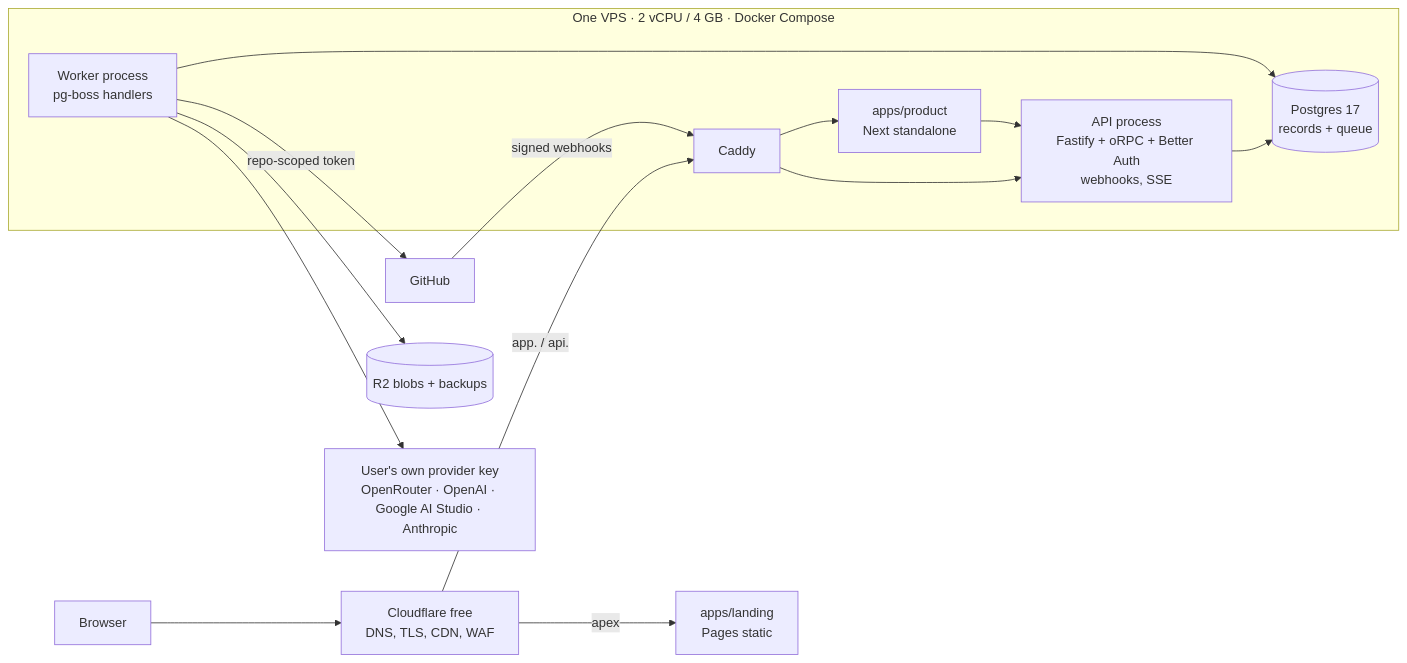
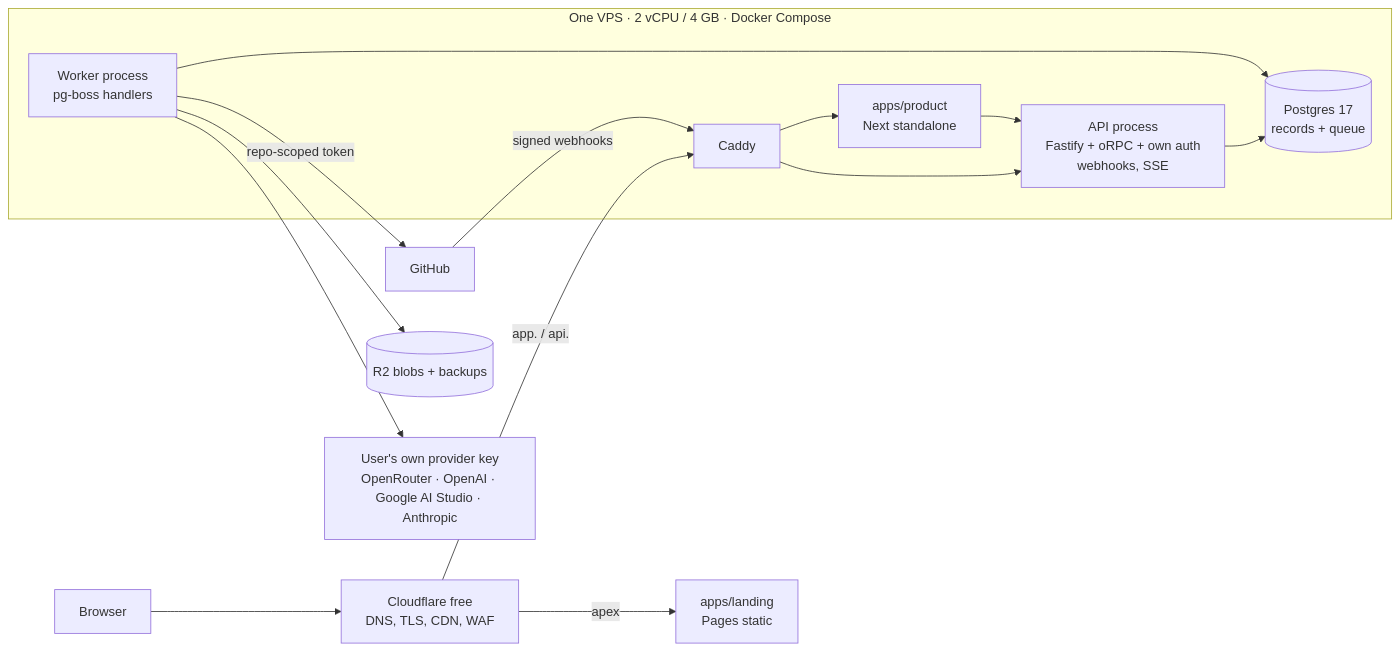
Before and after one commit to dawoodxp97/REPLO_AI: the second of 2 diagrams in ARCHITECTURE.md, drawn with Mermaid. The commit also changed other lines of this file and 76 other files, not shown here.

First line of the commit message:
refactor: replace Better Auth with own authentication system

````diff
--- a/ARCHITECTURE.md
+++ b/ARCHITECTURE.md
@@ -43,19 +43,19 @@
 ```mermaid
 flowchart LR
   B[Browser] --> CF[Cloudflare free<br/>DNS, TLS, CDN, WAF]
   CF -->|apex| L[apps/landing<br/>Pages static]
   CF -->|app. / api.| CA[Caddy]
   subgraph VPS["One VPS · 2 vCPU / 4 GB · Docker Compose"]
     CA --> P[apps/product<br/>Next standalone]
-    CA --> A[API process<br/>Fastify + oRPC + Better Auth<br/>webhooks, SSE]
+    CA --> A[API process<br/>Fastify + oRPC + own auth<br/>webhooks, SSE]
     W[Worker process<br/>pg-boss handlers]
     PG[(Postgres 17<br/>records + queue)]
     P --> A
     A --> PG
     W --> PG
   end
   GH[GitHub] -- signed webhooks --> CA
   W -- repo-scoped token --> GH
   W --> R2[(R2 blobs + backups)]
   W --> UK[User's own provider key<br/>OpenRouter · OpenAI · Google AI Studio · Anthropic]
 ```
````
